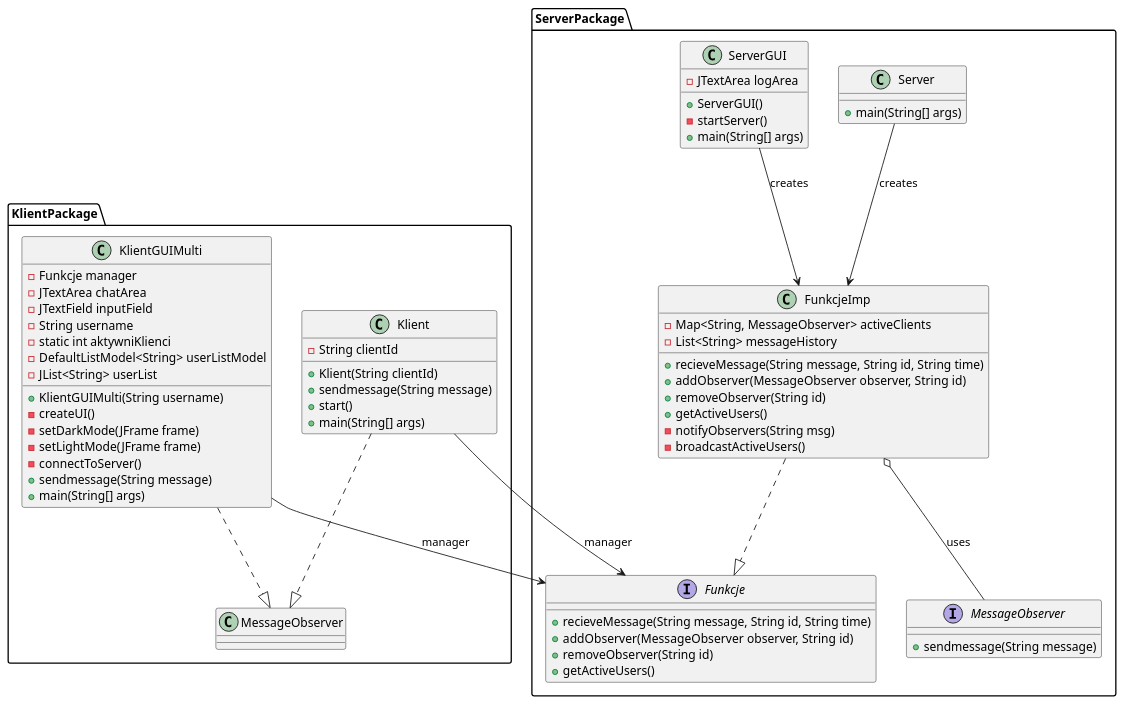
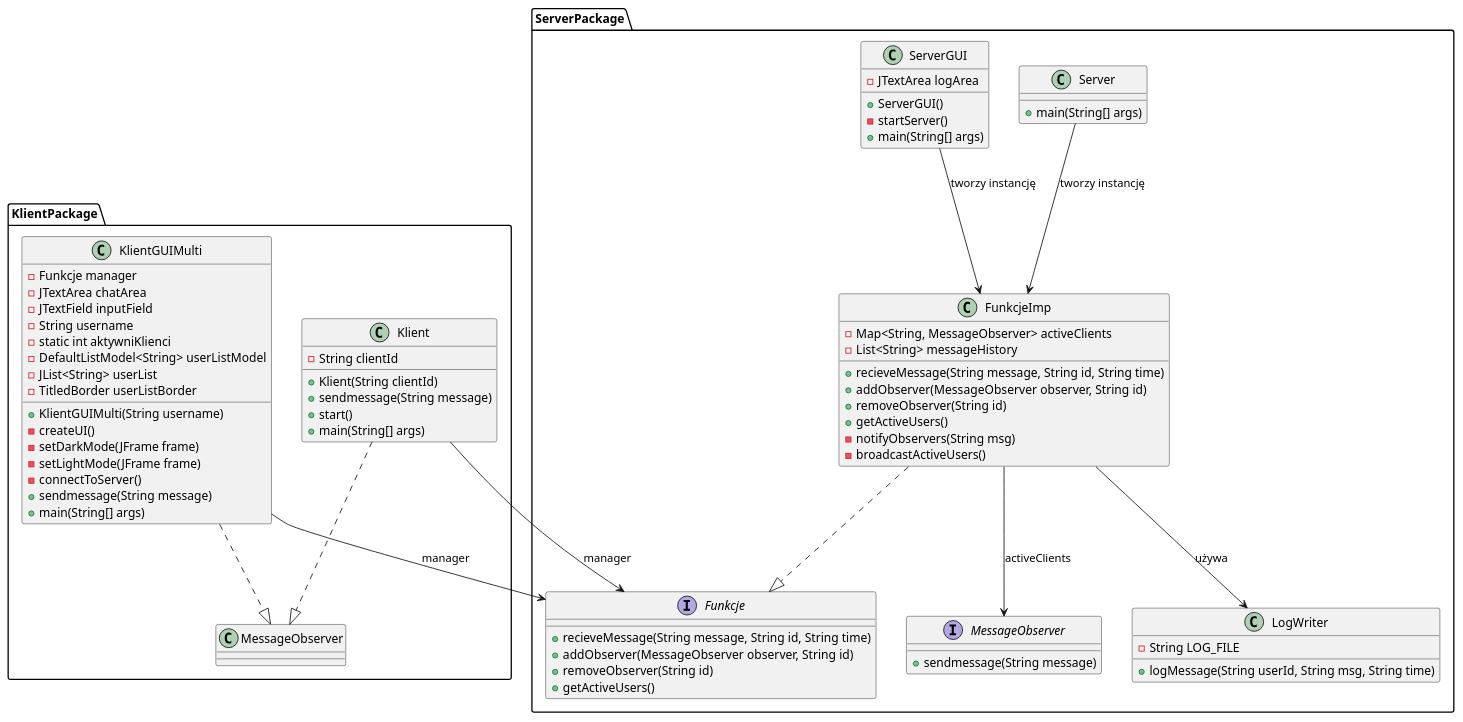
One commit to MK9011/Java-RMI-Chat changed the diagram in diagramklas.puml. Above: the diagram before and after it, drawn with PlantUML.

```diff
--- a/diagramklas.puml
+++ b/diagramklas.puml
@@ -1,76 +1,83 @@
 @startuml
 ' Pakiety
 package KlientPackage {
     class KlientGUIMulti {
         - Funkcje manager
         - JTextArea chatArea
         - JTextField inputField
         - String username
         - static int aktywniKlienci
         - DefaultListModel<String> userListModel
         - JList<String> userList
+        - TitledBorder userListBorder
         + KlientGUIMulti(String username)
         - createUI()
         - setDarkMode(JFrame frame)
         - setLightMode(JFrame frame)
         - connectToServer()
         + sendmessage(String message)
         + main(String[] args)
     }
 
     class Klient {
         - String clientId
         + Klient(String clientId)
         + sendmessage(String message)
         + start()
         + main(String[] args)
     }
 
     KlientGUIMulti ..|> MessageObserver
     Klient ..|> MessageObserver
 }
 
 package ServerPackage {
     interface Funkcje {
         + recieveMessage(String message, String id, String time)
         + addObserver(MessageObserver observer, String id)
         + removeObserver(String id)
         + getActiveUsers()
     }
 
     class FunkcjeImp {
         - Map<String, MessageObserver> activeClients
         - List<String> messageHistory
         + recieveMessage(String message, String id, String time)
         + addObserver(MessageObserver observer, String id)
         + removeObserver(String id)
         + getActiveUsers()
         - notifyObservers(String msg)
         - broadcastActiveUsers()
     }
 
     interface MessageObserver {
         + sendmessage(String message)
     }
 
     class Server {
         + main(String[] args)
     }
 
     class ServerGUI {
         - JTextArea logArea
         + ServerGUI()
         - startServer()
         + main(String[] args)
     }
 
+    class LogWriter {
+        - String LOG_FILE
+        + logMessage(String userId, String msg, String time)
+    }
+
     FunkcjeImp ..|> Funkcje
-    FunkcjeImp o-- MessageObserver : uses
+    FunkcjeImp --> MessageObserver : activeClients
+    FunkcjeImp --> LogWriter : używa
 }
 
 KlientGUIMulti --> Funkcje : manager
 Klient --> Funkcje : manager
-Server --> FunkcjeImp : creates
-ServerGUI --> FunkcjeImp : creates
+Server --> FunkcjeImp : tworzy instancję
+ServerGUI --> FunkcjeImp : tworzy instancję
 
 @enduml
```
